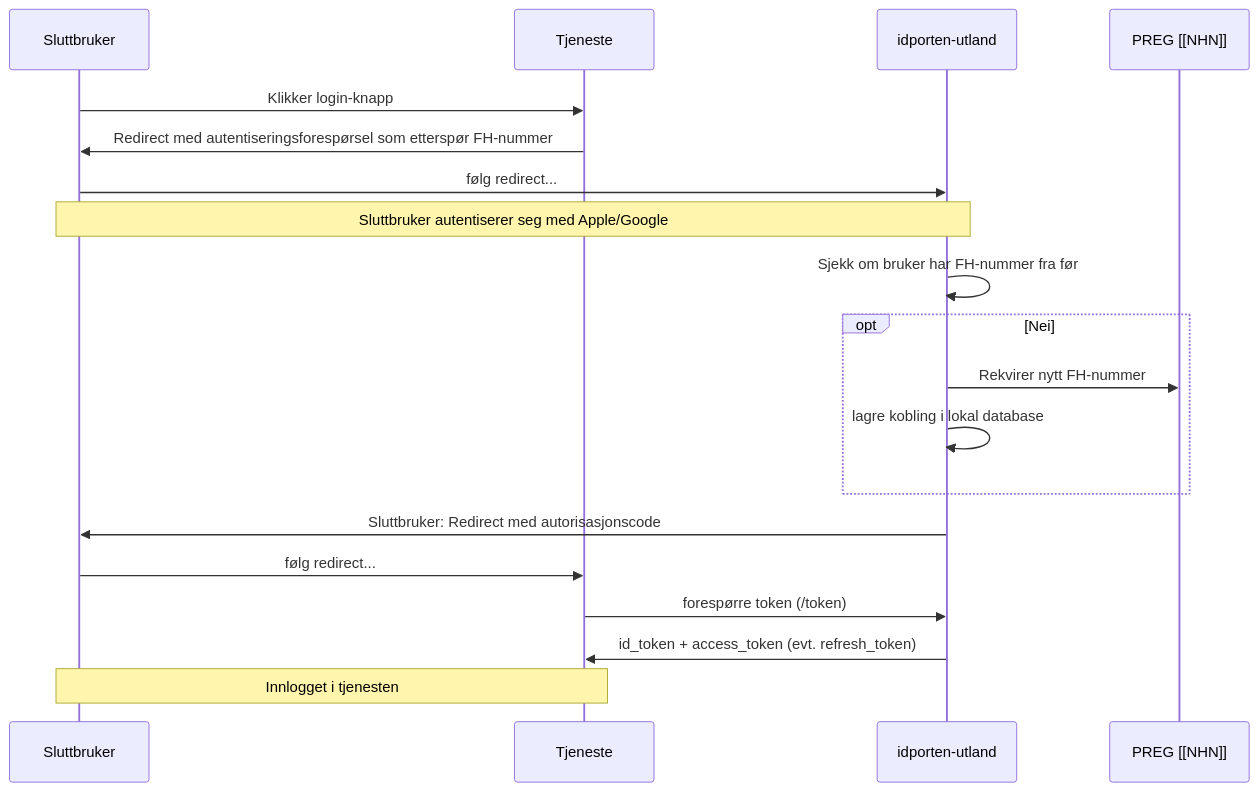
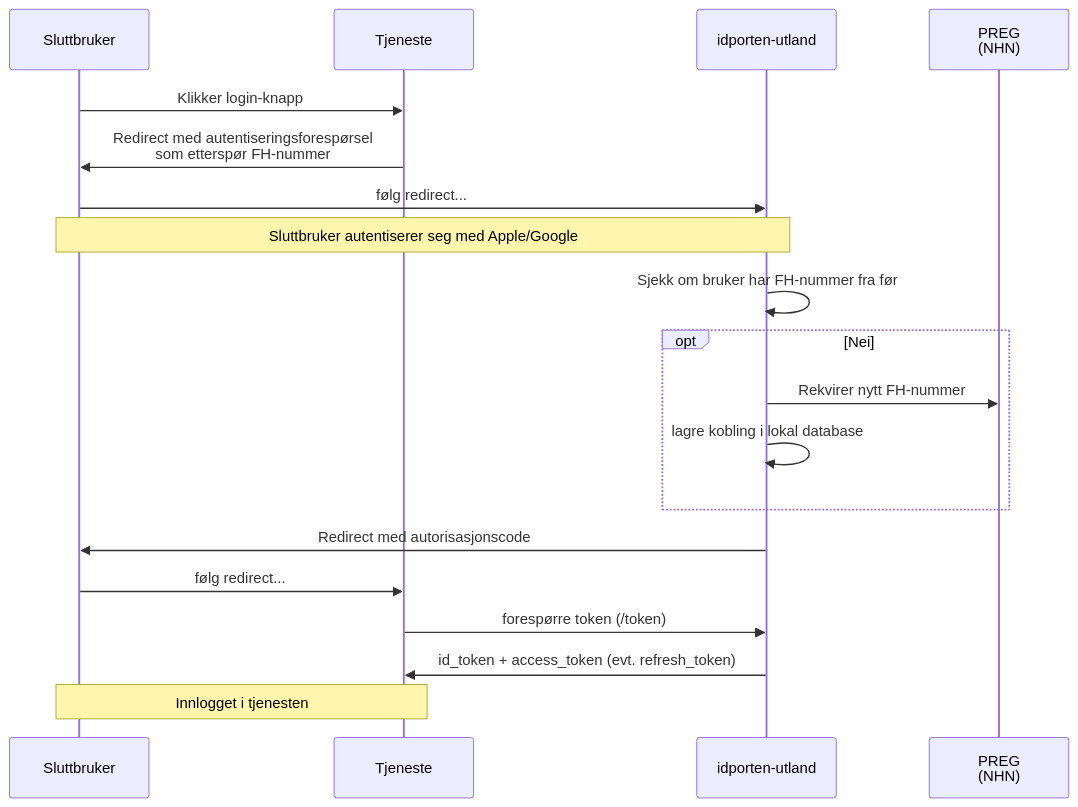
One commit to felleslosninger/docs changed the second of 2 diagrams in _docs/ID-porten/oidc/oidc_func_idporten-utland.md. Above: the diagram before and after it, drawn with Mermaid.

```diff
--- a/_docs/ID-porten/oidc/oidc_func_idporten-utland.md
+++ b/_docs/ID-porten/oidc/oidc_func_idporten-utland.md
@@ -44,23 +44,23 @@
 <div class="mermaid">
 sequenceDiagram
    participant U as Sluttbruker
    participant C as Tjeneste
    participant I as idporten-utland
-   participant P as PREG [[NHN]]
+   participant P as PREG <br/> (NHN)
 
    U ->> C: Klikker login-knapp
-   C ->> U: Redirect med autentiseringsforespørsel som etterspør FH-nummer
+   C ->> U: Redirect med autentiseringsforespørsel <br/>som etterspør FH-nummer
    U ->> I: følg redirect...
    note over U,I: Sluttbruker autentiserer seg med Apple/Google
    I ->> I: Sjekk om bruker har FH-nummer fra før
    opt Nei
      I ->> P: Rekvirer nytt FH-nummer
      I ->> I: lagre kobling i lokal database
   end
 
-   I ->> U: Sluttbruker: Redirect med autorisasjonscode
+   I ->> U:  Redirect med autorisasjonscode
    U ->> C: følg redirect...
    C ->> I: forespørre token (/token)
    I ->> C: id_token + access_token (evt. refresh_token)
    note over U,C: Innlogget i tjenesten
 </div>
```
